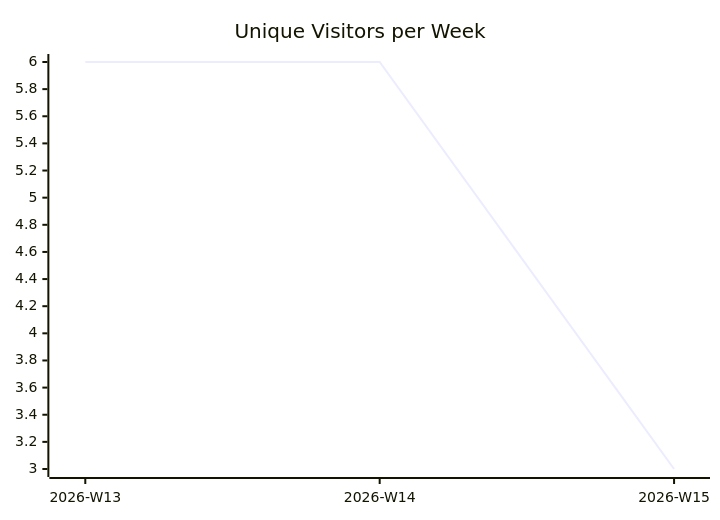
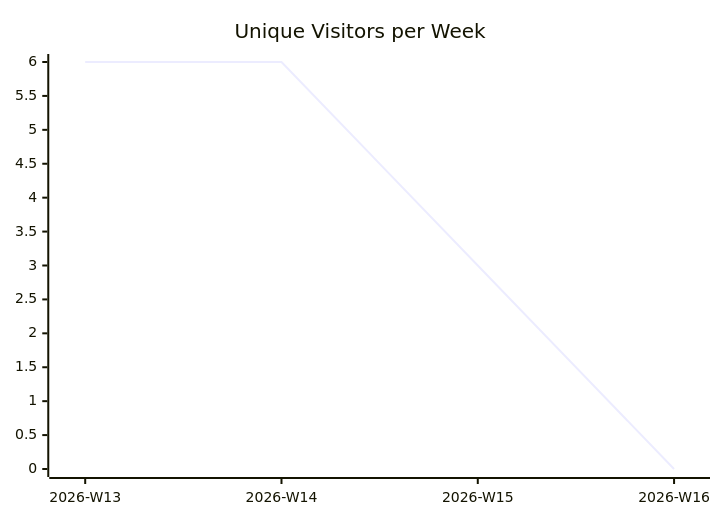
The first of 3 diagrams in karlmdavis/ksoap2-android/README.md (justdavis-family/github-analytics-data), drawn with Mermaid before and after one commit. The commit also changed other lines of this file and 176 other files, not shown here.

````diff
--- a/karlmdavis/ksoap2-android/README.md
+++ b/karlmdavis/ksoap2-android/README.md
@@ -5,6 +5,6 @@
 ```mermaid
 xychart-beta
   title "Unique Visitors per Week"
-  x-axis ["2026-W13", "2026-W14", "2026-W15"]
-  line [6, 6, 3]
+  x-axis ["2026-W13", "2026-W14", "2026-W15", "2026-W16"]
+  line [6, 6, 3, 0]
 ```
````
